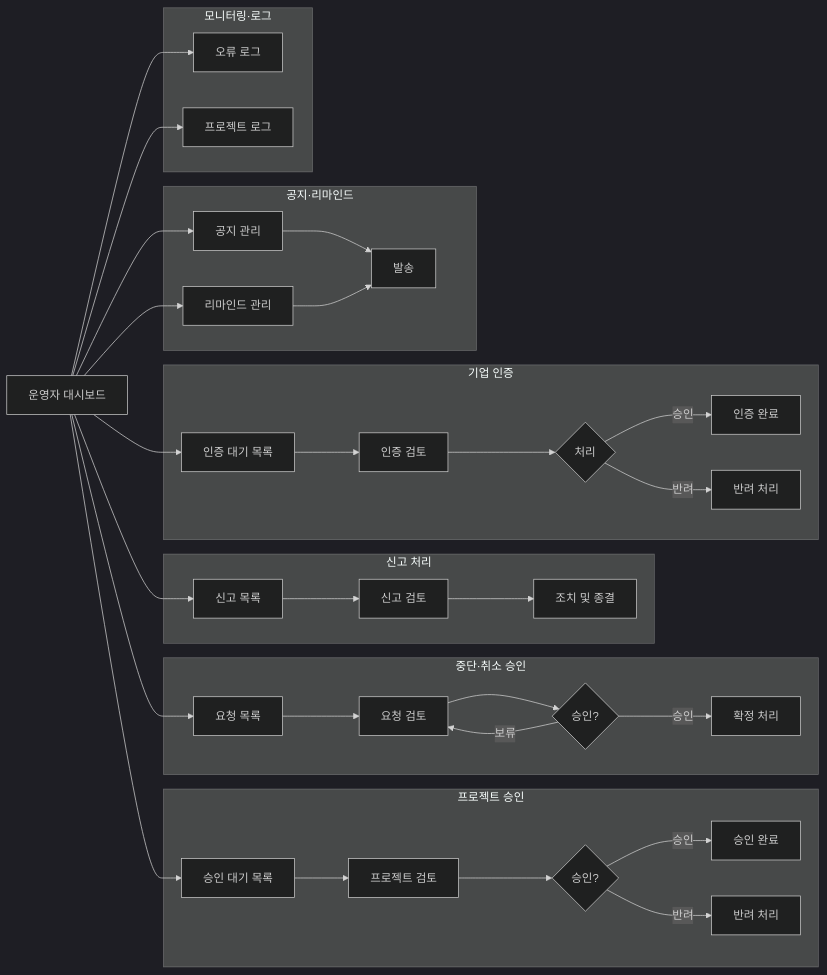
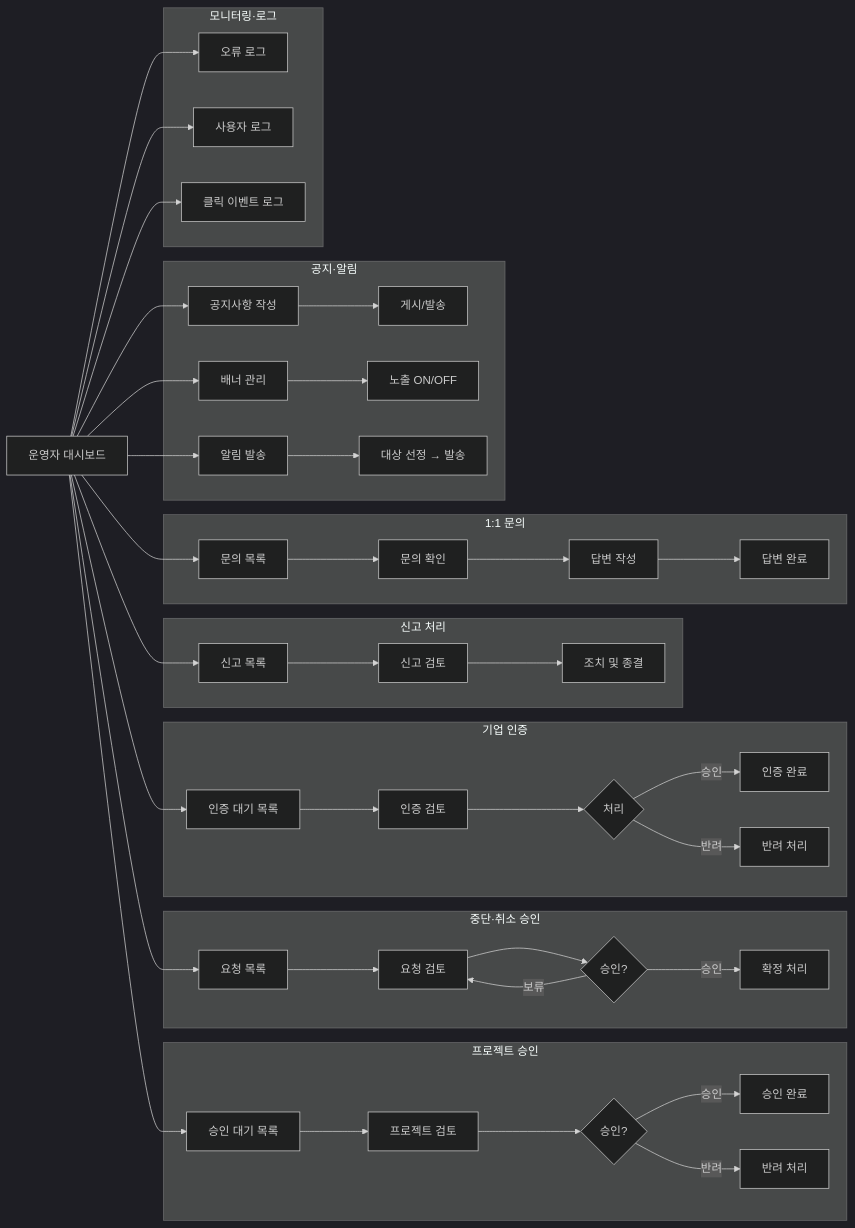
One commit to dearjong/cottoncandy changed the diagram in docs/user-flow-operator.md. Above: the diagram before and after it, drawn with Mermaid (dark theme). The commit also changed other lines of this file and 2 other files, not shown here.

First line of the commit message:
Update admin documentation to reflect current information architecture and flows

````diff
--- a/docs/user-flow-operator.md
+++ b/docs/user-flow-operator.md
@@ -166,46 +193,54 @@
 ```mermaid
 graph LR
   A["운영자 대시보드"]
 
   subgraph P["프로젝트 승인"]
     P1["승인 대기 목록"] --> P2["프로젝트 검토"] --> P3{"승인?"}
     P3 -->|승인| P4["승인 완료"]
     P3 -->|반려| P5["반려 처리"]
   end
 
   subgraph S["중단·취소 승인"]
     S1["요청 목록"] --> S2["요청 검토"] --> S3{"승인?"}
     S3 -->|승인| S4["확정 처리"]
     S3 -->|보류| S2
   end
 
   subgraph R["신고 처리"]
     R1["신고 목록"] --> R2["신고 검토"] --> R3["조치 및 종결"]
   end
 
   subgraph C["기업 인증"]
     C1["인증 대기 목록"] --> C2["인증 검토"] --> C3{"처리"}
     C3 -->|승인| C4["인증 완료"]
     C3 -->|반려| C5["반려 처리"]
   end
 
-  subgraph N["공지·리마인드"]
-    N1["공지 관리"] --> N2["발송"]
-    N3["리마인드 관리"] --> N2
+  subgraph Q["1:1 문의"]
+    Q1["문의 목록"] --> Q2["문의 확인"] --> Q3["답변 작성"] --> Q4["답변 완료"]
+  end
+
+  subgraph N["공지·알림"]
+    N1["공지사항 작성"] --> N2["게시/발송"]
+    N3["배너 관리"] --> N4["노출 ON/OFF"]
+    N5["알림 발송"] --> N6["대상 선정 → 발송"]
   end
 
   subgraph L["모니터링·로그"]
     L1["오류 로그"]
-    L2["프로젝트 로그"]
+    L2["사용자 로그"]
+    L3["클릭 이벤트 로그"]
   end
 
   A --> P1
   A --> S1
   A --> R1
   A --> C1
+  A --> Q1
   A --> N1
   A --> N3
+  A --> N5
   A --> L1
   A --> L2
-
+  A --> L3
 ```
````
